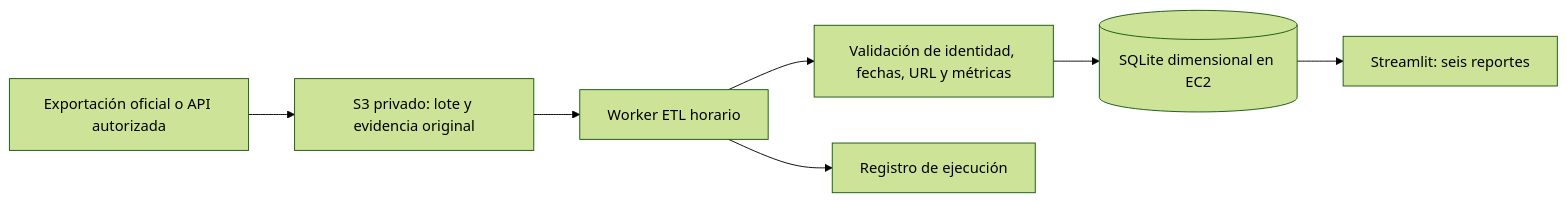
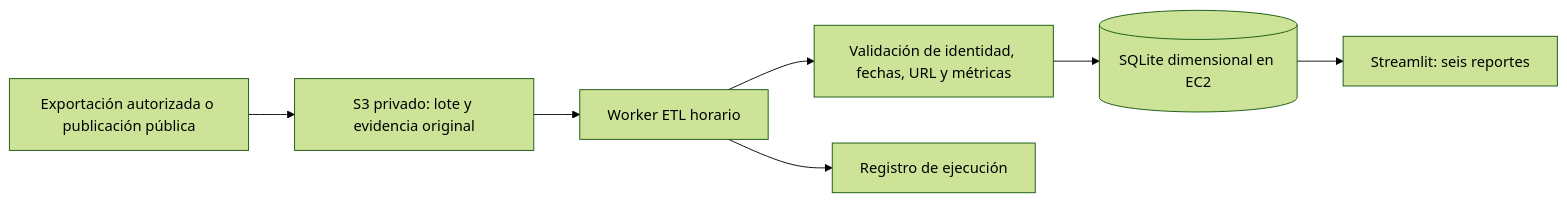
The first of 3 diagrams in unidad2/docs/arquitectura.md (UPT-FAING-EPIS/proyecto-si885-2026-i-project-cid), drawn with Mermaid (forest theme) before and after one commit. The commit also changed other lines of this file and 8 other files, not shown here.

````diff
--- a/unidad2/docs/arquitectura.md
+++ b/unidad2/docs/arquitectura.md
@@ -9,9 +9,9 @@
 ```mermaid
 flowchart LR
-  F[Exportación oficial o API autorizada] --> S[S3 privado: lote y evidencia original]
+  F[Exportación autorizada o publicación pública] --> S[S3 privado: lote y evidencia original]
   S --> W[Worker ETL horario]
   W --> V[Validación de identidad, fechas, URL y métricas]
   V --> D[(SQLite dimensional en EC2)]
   D --> A[Streamlit: seis reportes]
   W --> L[Registro de ejecución]
 ```
````
